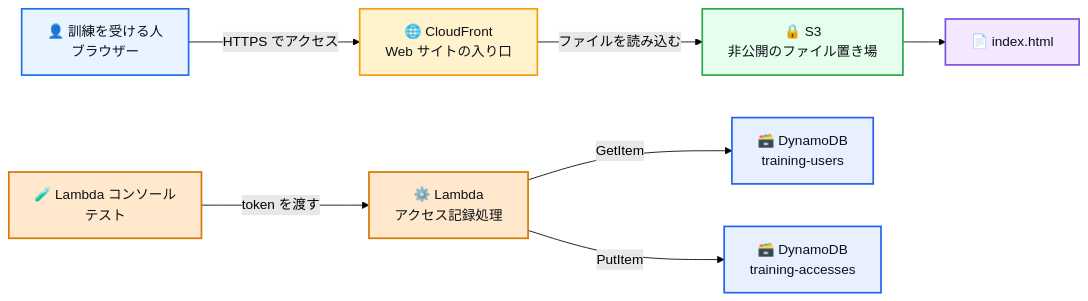
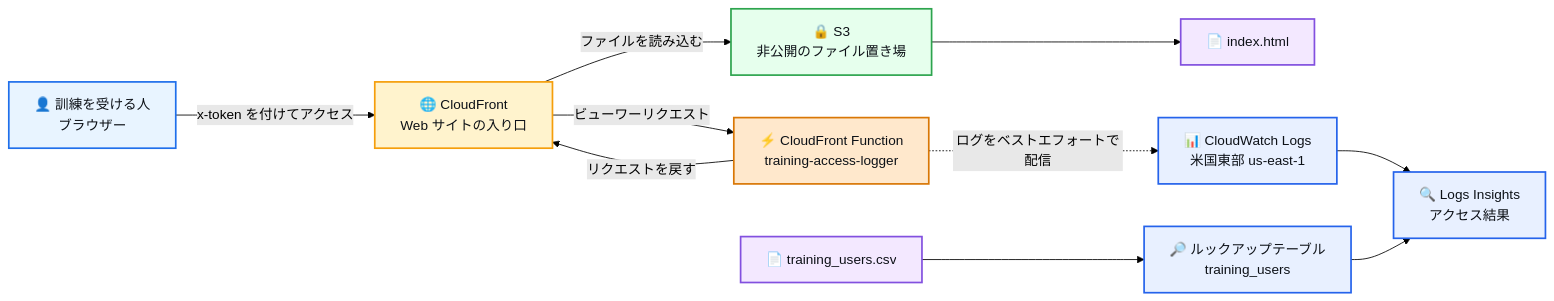
Before and after one commit to chiku-wa/phishing-simulation: the diagram in README.md, drawn with Mermaid (forest theme). The commit also changed other lines of this file and 22 other files, not shown here.

Commit message:
DynamoDB/Lambda方式からCloudWatch Logsでアクセス確認する構成に変更

````diff
--- a/README.md
+++ b/README.md
@@ -32,32 +32,36 @@
 ```mermaid
 flowchart LR
     A["👤 訓練を受ける人<br/>ブラウザー"]
     B["🌐 CloudFront<br/>Web サイトの入り口"]
     C["🔒 S3<br/>非公開のファイル置き場"]
     D["📄 index.html"]
-    E["🧪 Lambda コンソール<br/>テスト"]
-    F["⚙️ Lambda<br/>アクセス記録処理"]
-    G["🗃️ DynamoDB<br/>training-users"]
-    H["🗃️ DynamoDB<br/>training-accesses"]
+    E["⚡ CloudFront Function<br/>training-access-logger"]
+    F["📊 CloudWatch Logs<br/>米国東部 us-east-1"]
+    G["📄 training_users.csv"]
+    H["🔎 ルックアップテーブル<br/>training_users"]
+    I["🔍 Logs Insights<br/>アクセス結果"]
 
-    A -->|HTTPS でアクセス| B
+    A -->|x-token を付けてアクセス| B
+    B -->|ビューワーリクエスト| E
+    E -->|リクエストを戻す| B
     B -->|ファイルを読み込む| C
     C --> D
-    E -->|token を渡す| F
-    F -->|GetItem| G
-    F -->|PutItem| H
+    E -.->|ログをベストエフォートで配信| F
+    G --> H
+    F --> I
+    H --> I
 
     classDef person fill:#e8f4ff,stroke:#1f6feb,color:#0d1117,stroke-width:2px;
     classDef cloud fill:#fff3cd,stroke:#f59e0b,color:#0d1117,stroke-width:2px;
     classDef storage fill:#e6ffed,stroke:#2da44e,color:#0d1117,stroke-width:2px;
     classDef file fill:#f3e8ff,stroke:#8250df,color:#0d1117,stroke-width:2px;
     classDef compute fill:#ffe8cc,stroke:#d97706,color:#0d1117,stroke-width:2px;
-    classDef database fill:#e8f0ff,stroke:#2563eb,color:#0d1117,stroke-width:2px;
+    classDef logs fill:#e8f0ff,stroke:#2563eb,color:#0d1117,stroke-width:2px;
 
     class A person;
     class B cloud;
     class C storage;
-    class D file;
-    class E,F compute;
-    class G,H database;
+    class D,G file;
+    class E compute;
+    class F,H,I logs;
 ```
````
